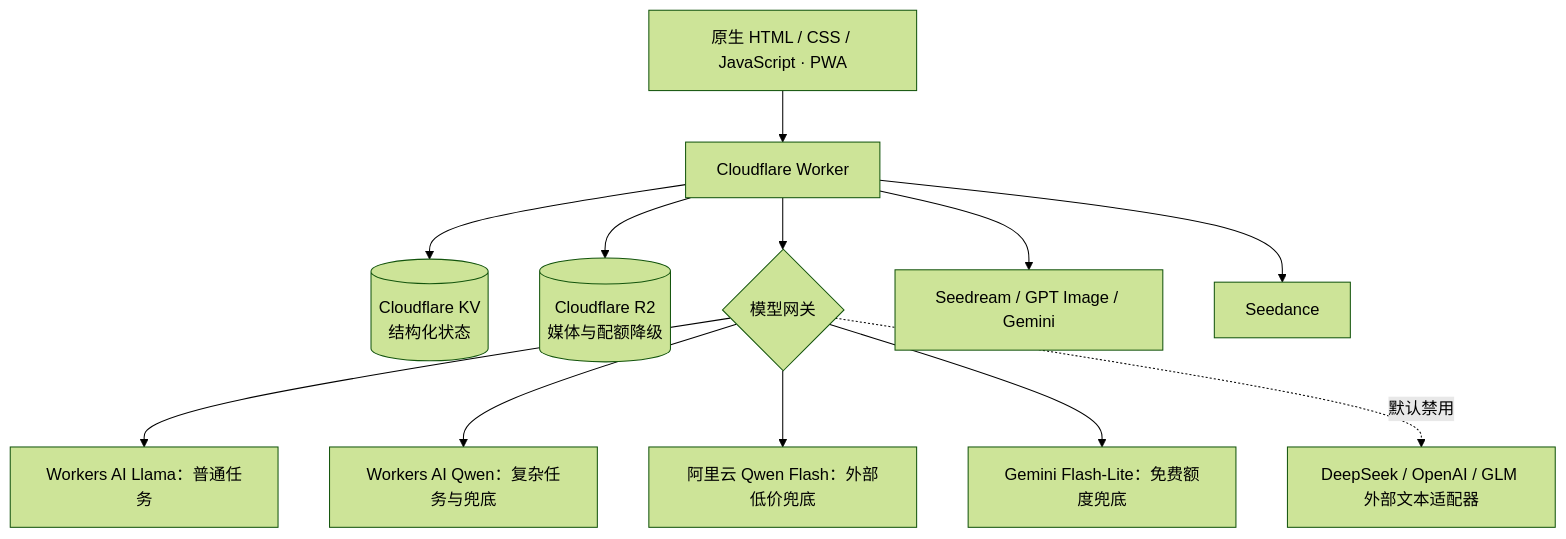
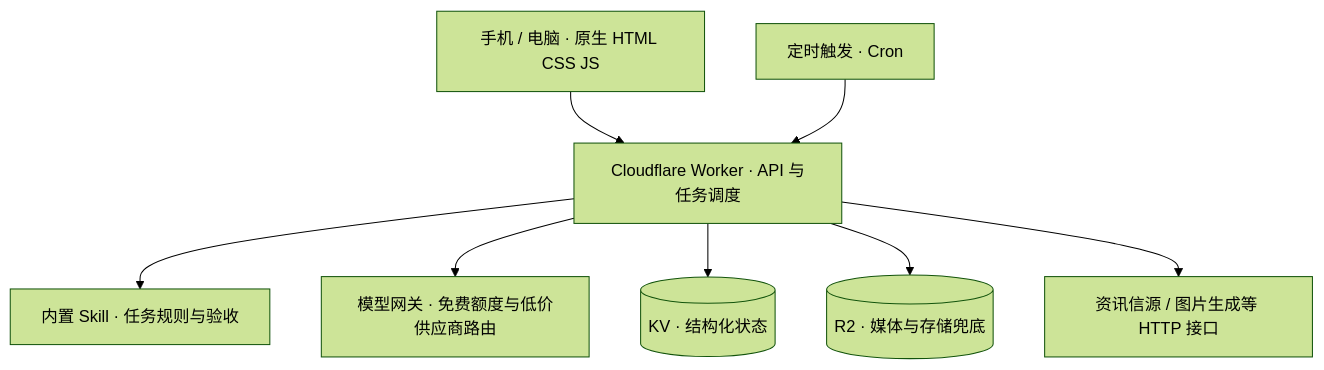
Before and after one commit to Labixy1/chestnut-courtyard-public: the diagram in README.md, drawn with Mermaid (forest theme). The commit also changed other lines of this file and 9 other files, not shown here.

````diff
--- a/README.md
+++ b/README.md
@@ -106,14 +80,10 @@
 ```mermaid
 flowchart TB
-    UI[原生 HTML / CSS / JavaScript · PWA] --> W[Cloudflare Worker]
-    W --> KV[(Cloudflare KV\n结构化状态)]
-    W --> R2[(Cloudflare R2\n媒体与配额降级)]
-    W --> M{模型网关}
-    M --> WA[Workers AI Llama：普通任务]
-    M --> WQ[Workers AI Qwen：复杂任务与兜底]
-    M --> AQ[阿里云 Qwen Flash：外部低价兜底]
-    M --> GM[Gemini Flash-Lite：免费额度兜底]
-    M -. 默认禁用 .-> EXT[DeepSeek / OpenAI / GLM 外部文本适配器]
-    W --> IMG[Seedream / GPT Image / Gemini]
-    W --> VID[Seedance]
+    UI[手机 / 电脑 · 原生 HTML CSS JS] --> W[Cloudflare Worker · API 与任务调度]
+    CRON[定时触发 · Cron] --> W
+    W --> RULES[内置 Skill · 任务规则与验收]
+    W --> MODEL[模型网关 · 免费额度与低价供应商路由]
+    W --> KV[(KV · 结构化状态)]
+    W --> R2[(R2 · 媒体与存储兜底)]
+    W --> API[资讯信源 / 图片生成等 HTTP 接口]
 ```
````
